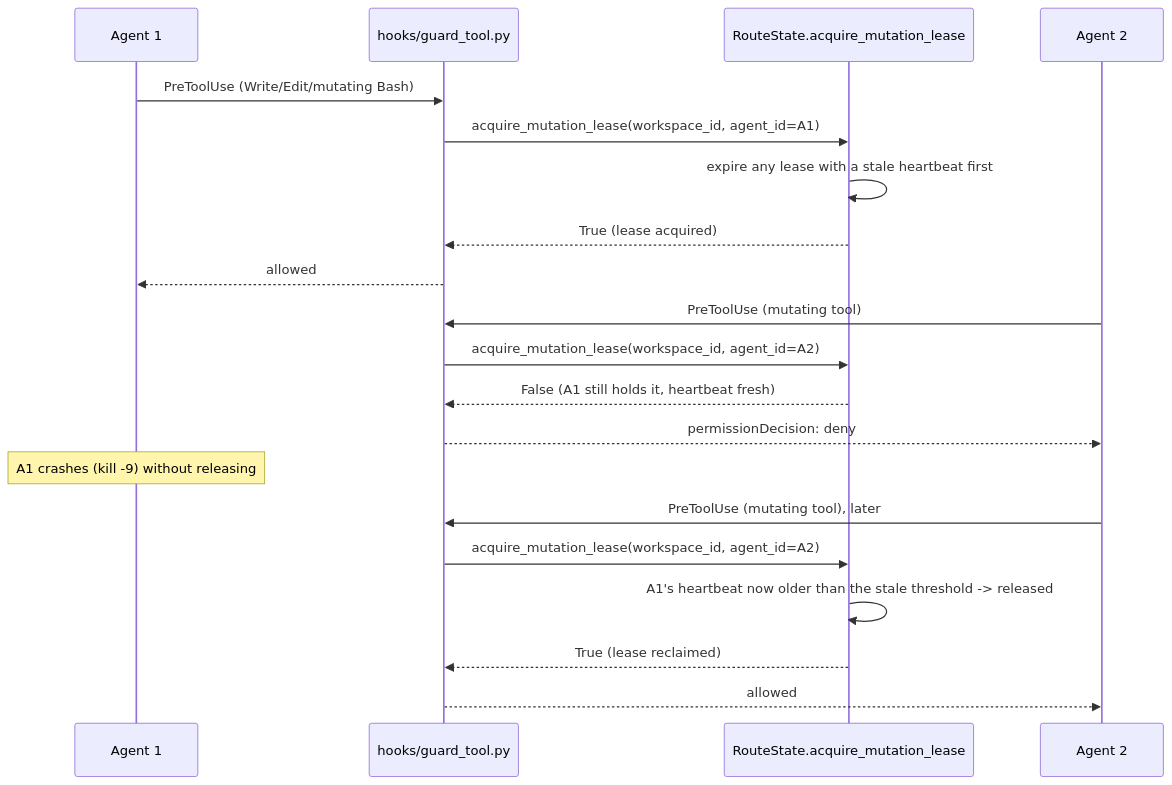
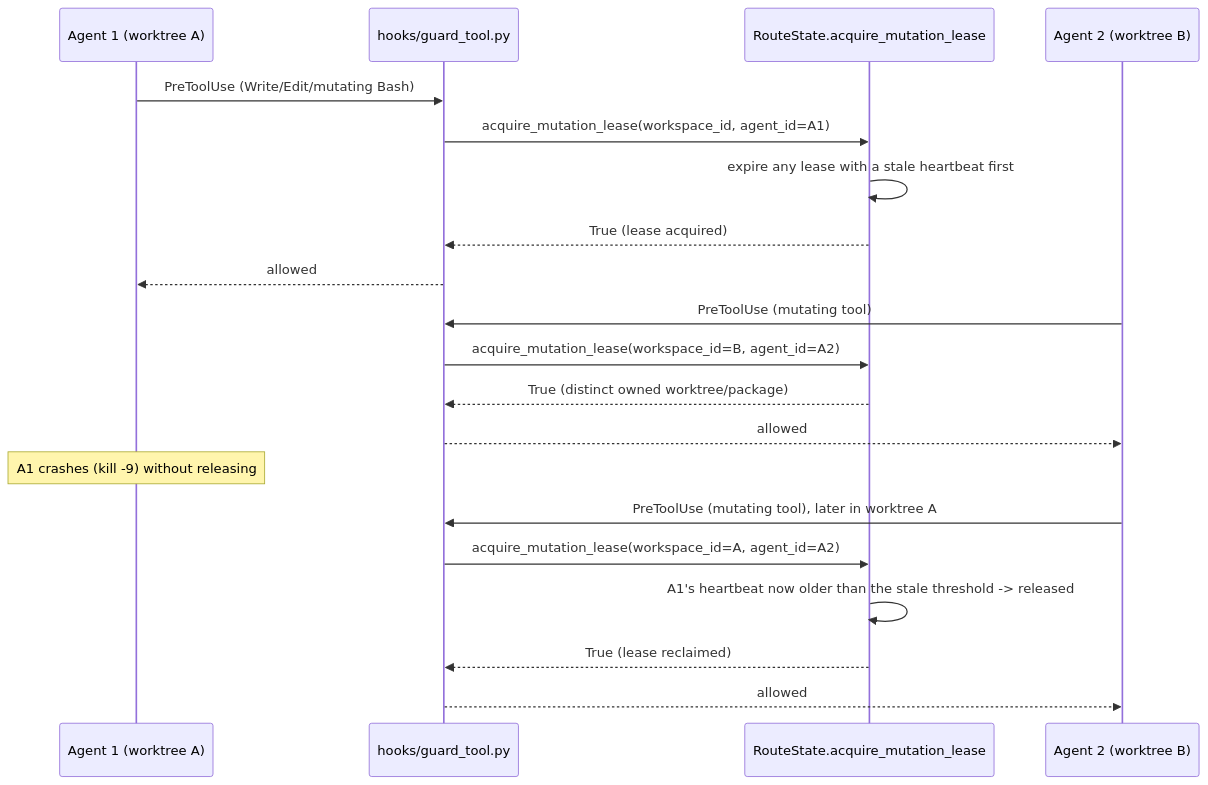
The eighth of 17 diagrams in UML_DIAGRAMS.md (B-A-M-N/ClaudeBrigade), drawn with Mermaid before and after one commit. The commit also changed other lines of this file and 60 other files, not shown here.

````diff
--- a/UML_DIAGRAMS.md
+++ b/UML_DIAGRAMS.md
@@ -248,25 +338,25 @@
 ```mermaid
 sequenceDiagram
-    participant A1 as Agent 1
+    participant A1 as Agent 1 (worktree A)
     participant Guard as hooks/guard_tool.py
     participant State as RouteState.acquire_mutation_lease
-    participant A2 as Agent 2
+    participant A2 as Agent 2 (worktree B)
 
     A1->>Guard: PreToolUse (Write/Edit/mutating Bash)
     Guard->>State: acquire_mutation_lease(workspace_id, agent_id=A1)
     State->>State: expire any lease with a stale heartbeat first
     State-->>Guard: True (lease acquired)
     Guard-->>A1: allowed
 
     A2->>Guard: PreToolUse (mutating tool)
-    Guard->>State: acquire_mutation_lease(workspace_id, agent_id=A2)
-    State-->>Guard: False (A1 still holds it, heartbeat fresh)
-    Guard-->>A2: permissionDecision: deny
+    Guard->>State: acquire_mutation_lease(workspace_id=B, agent_id=A2)
+    State-->>Guard: True (distinct owned worktree/package)
+    Guard-->>A2: allowed
 
     Note over A1: A1 crashes (kill -9) without releasing
-    A2->>Guard: PreToolUse (mutating tool), later
-    Guard->>State: acquire_mutation_lease(workspace_id, agent_id=A2)
+    A2->>Guard: PreToolUse (mutating tool), later in worktree A
+    Guard->>State: acquire_mutation_lease(workspace_id=A, agent_id=A2)
     State->>State: A1's heartbeat now older than the stale threshold -> released
     State-->>Guard: True (lease reclaimed)
     Guard-->>A2: allowed
 ```
````
